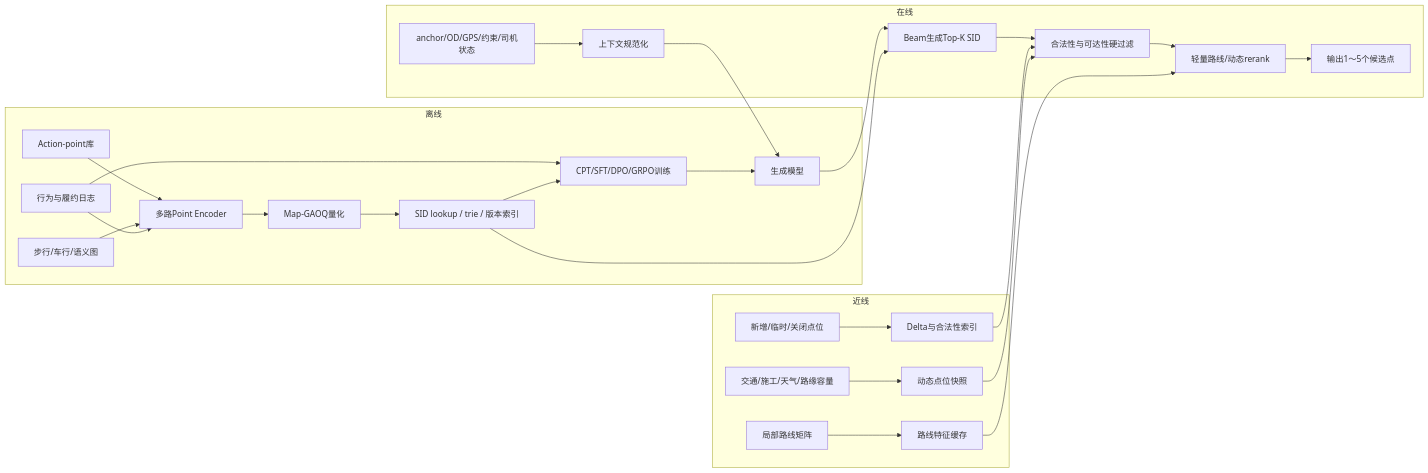
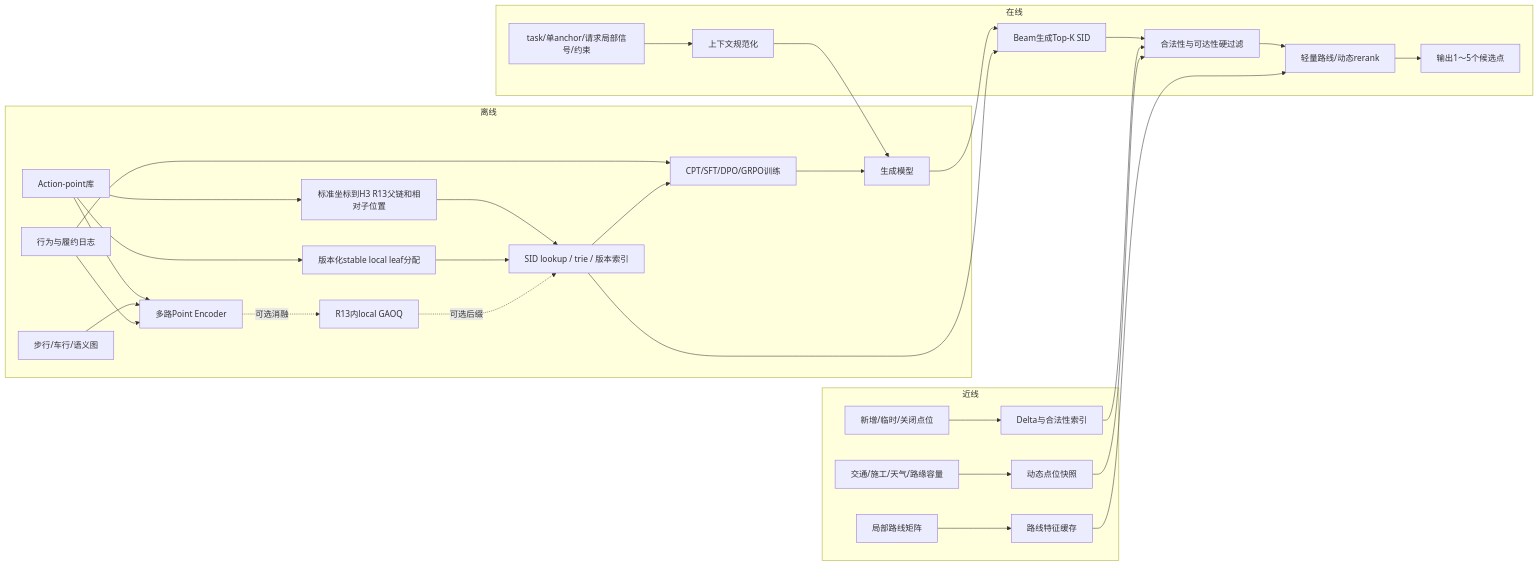
Before and after one commit to zhaojijet/code_to_LLM: the third of 3 diagrams in onemap/map_generative_pickup_dropoff_point_recommendation_experiment_20260721.md, drawn with Mermaid. The commit also changed other lines of this file, not shown here.

Commit message:
更新pickup,sid 构造

````diff
--- a/onemap/map_generative_pickup_dropoff_point_recommendation_experiment_20260721.md
+++ b/onemap/map_generative_pickup_dropoff_point_recommendation_experiment_20260721.md
@@ -2293,32 +2705,36 @@
 ```mermaid
 flowchart LR
     subgraph Offline["离线"]
-        P["Action-point库"] --> E["多路Point Encoder"]
+        P["Action-point库"] --> H3["标准坐标到H3 R13父链和相对子位置"]
+        P --> L["版本化stable local leaf分配"]
+        P --> E["多路Point Encoder"]
         G["步行/车行/语义图"] --> E
         B["行为与履约日志"] --> E
-        E --> Q["Map-GAOQ量化"]
-        Q --> I["SID lookup / trie / 版本索引"]
+        E -.->|"可选消融"| Q["R13内local GAOQ"]
+        H3 --> I["SID lookup / trie / 版本索引"]
+        L --> I
+        Q -.->|"可选后缀"| I
         B --> T["CPT/SFT/DPO/GRPO训练"]
         I --> T
         T --> M["生成模型"]
     end
 
     subgraph Nearline["近线"]
         D["交通/施工/天气/路缘容量"] --> C["动态点位快照"]
         O["新增/临时/关闭点位"] --> X["Delta与合法性索引"]
         R["局部路线矩阵"] --> K["路线特征缓存"]
     end
 
     subgraph Online["在线"]
-        U["anchor/OD/GPS/约束/司机状态"] --> N["上下文规范化"]
+        U["task/单anchor/请求局部信号/约束"] --> N["上下文规范化"]
         N --> M
         M --> S["Beam生成Top-K SID"]
         I --> S
         S --> H["合法性与可达性硬过滤"]
         X --> H
         C --> H
         H --> Z["轻量路线/动态rerank"]
         K --> Z
         Z --> Y["输出1～5个候选点"]
     end
 ```
````
